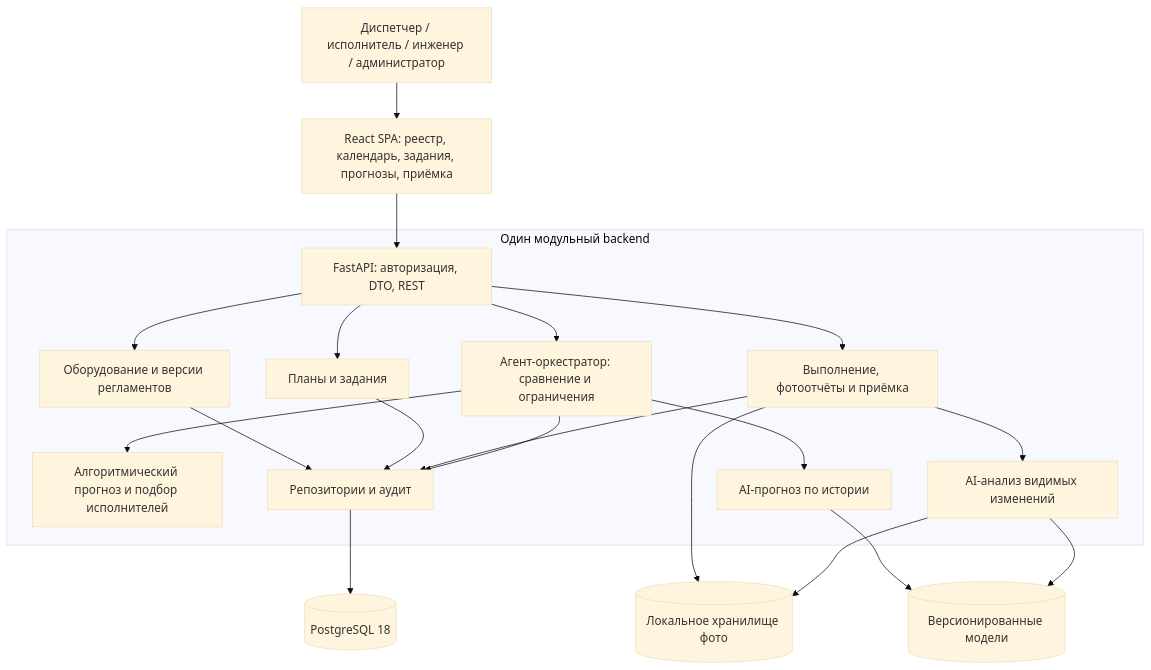
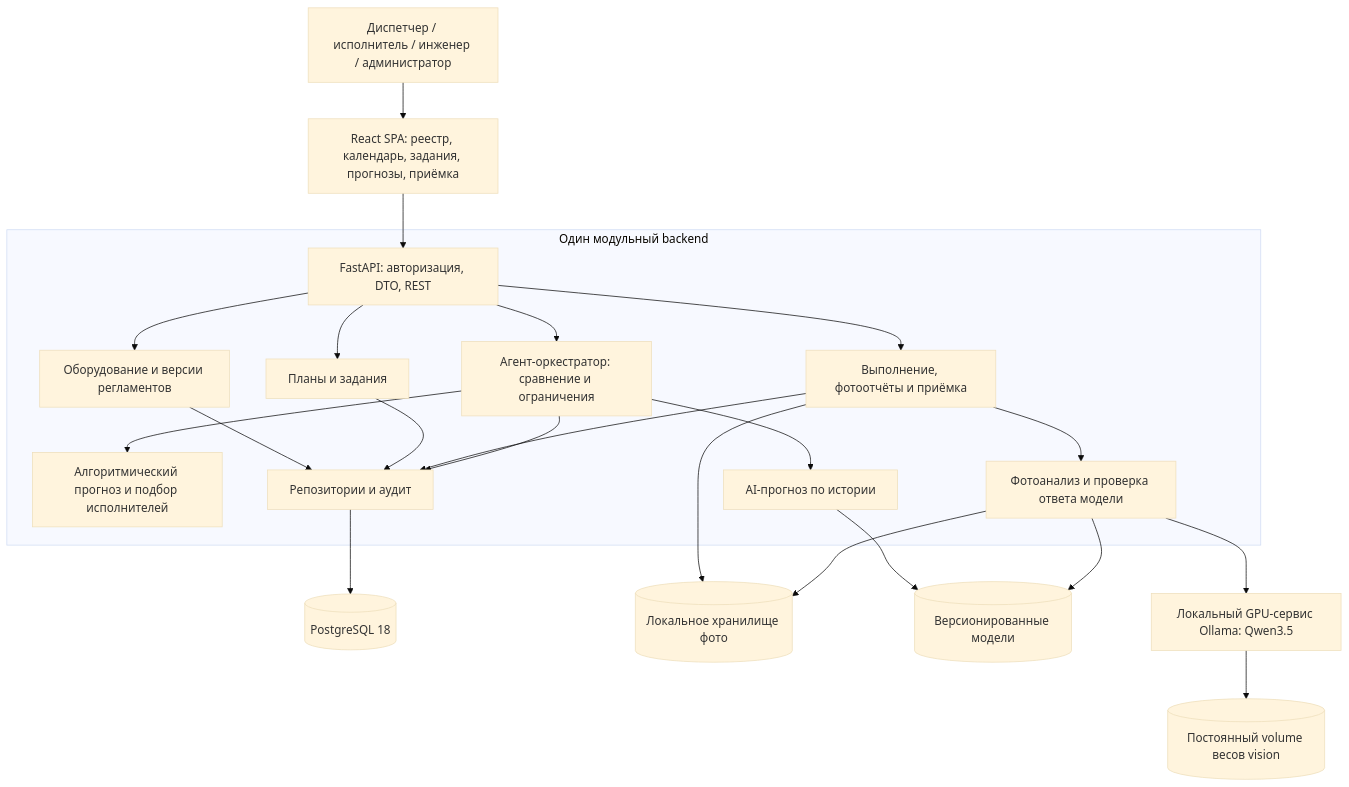
Before and after one commit to Fir-White/FixRateAI: the diagram in docs/assets/architecture/system_architecture.mmd, drawn with Mermaid (base theme). The commit also changed 9 other files, not shown here.

```diff
--- a/docs/assets/architecture/system_architecture.mmd
+++ b/docs/assets/architecture/system_architecture.mmd
@@ -1,21 +1,23 @@
 flowchart TB
     U[Диспетчер / исполнитель / инженер / администратор] --> UI[React SPA: реестр, календарь, задания, прогнозы, приёмка]
     UI --> API[FastAPI: авторизация, DTO, REST]
     subgraph BE[Один модульный backend]
         API --> C[Оборудование и версии регламентов]
         API --> P[Планы и задания]
         API --> E[Выполнение, фотоотчёты и приёмка]
         API --> O[Агент-оркестратор: сравнение и ограничения]
         O --> A[Алгоритмический прогноз и подбор исполнителей]
         O --> F[AI-прогноз по истории]
-        E --> V[AI-анализ видимых изменений]
+        E --> V[Фотоанализ и проверка ответа модели]
         C --> R[Репозитории и аудит]
         P --> R
         E --> R
         O --> R
     end
     R --> DB[(PostgreSQL 18)]
     E --> PH[(Локальное хранилище фото)]
     V --> PH
     F --> M[(Версионированные модели)]
     V --> M
+    V --> OLLAMA[Локальный GPU-сервис Ollama: Qwen3.5]
+    OLLAMA --> VMODELS[(Постоянный volume весов vision)]
```
